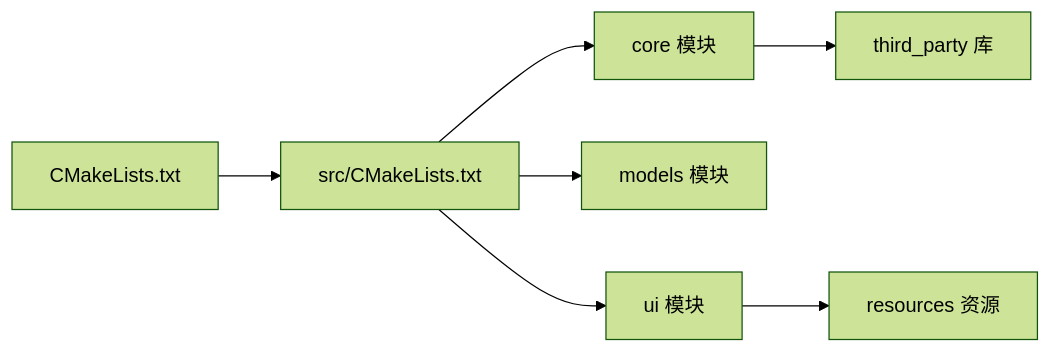
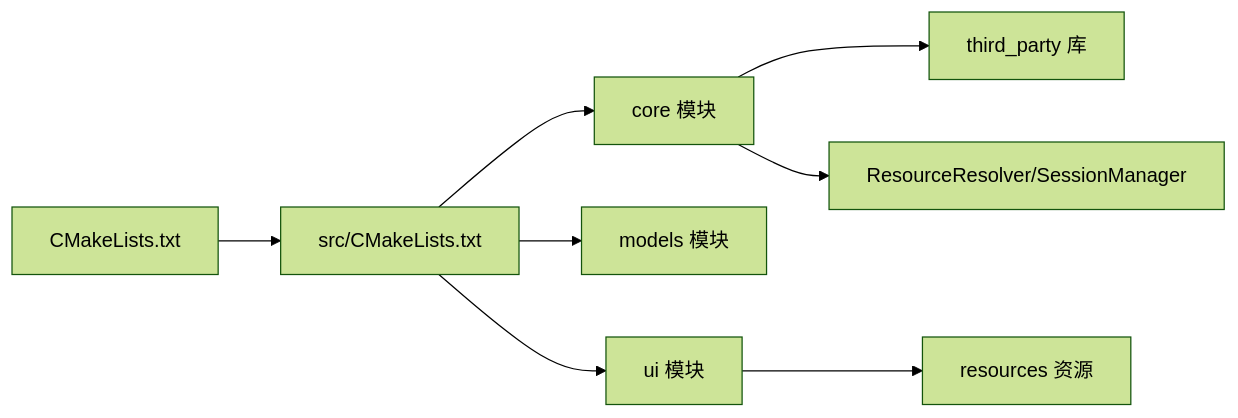
Before and after one commit to jakecai1225-design/OpenBus: diagram 12 of 12 in .qoder/repowiki/zh/content/核心模块详解/项目管理系统.md, drawn with Mermaid (forest theme). The commit also changed other lines of this file and 34 other files, not shown here.

Commit message:
工程，flow，dbc操作

````diff
--- a/.qoder/repowiki/zh/content/核心模块详解/项目管理系统.md
+++ b/.qoder/repowiki/zh/content/核心模块详解/项目管理系统.md
@@ -366,9 +471,10 @@
 ```mermaid
 graph LR
 CMake["CMakeLists.txt"] --> SrcCMake["src/CMakeLists.txt"]
 SrcCMake --> Core["core 模块"]
 SrcCMake --> Models["models 模块"]
 SrcCMake --> UI["ui 模块"]
 Core --> ThirdParty["third_party 库"]
 UI --> Resources["resources 资源"]
+Core --> CoreDeps["ResourceResolver/SessionManager"]
 ```
````
